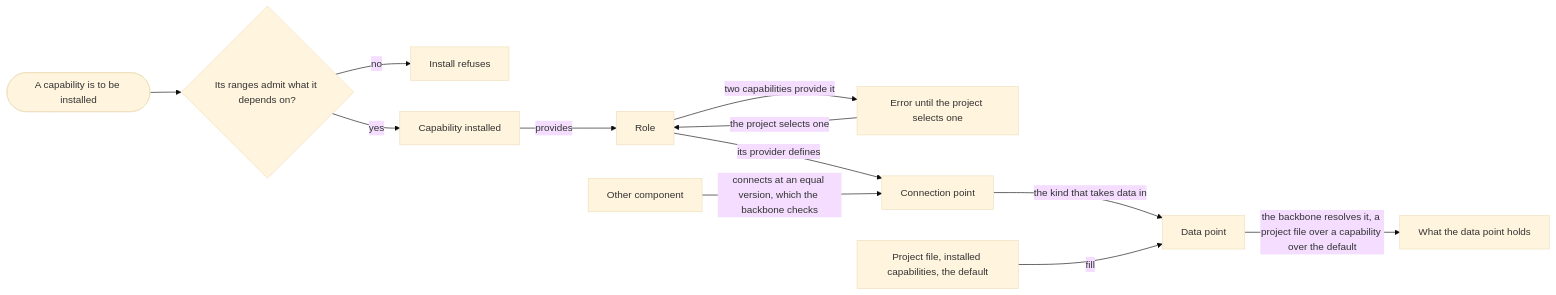
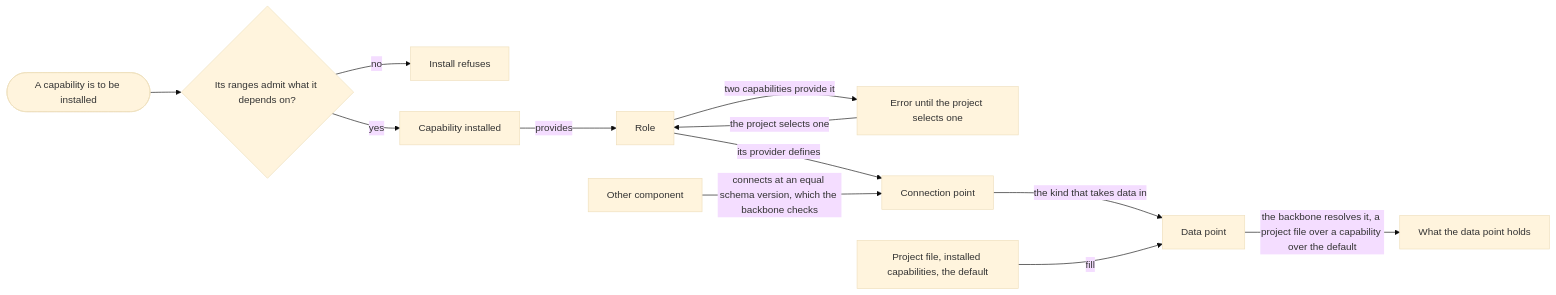
Before and after one commit to aleskalfas/project-kit: the second of 2 diagrams in tech-docs/analysis/core/domain-model/030-capabilities-areas-and-connection-points.md, drawn with Mermaid (base theme). The commit also changed other lines of this file and 91 other files, not shown here.

````diff
--- a/tech-docs/analysis/core/domain-model/030-capabilities-areas-and-connection-points.md
+++ b/tech-docs/analysis/core/domain-model/030-capabilities-areas-and-connection-points.md
@@ -88,16 +88,16 @@
 ```mermaid
 flowchart LR
   accTitle: How a capability comes to connect
-  accDescr: A capability installs only where what it depends on falls within its ranges, and install refuses otherwise. Installed, it provides roles. Where two capabilities provide one role, that is an error until the project selects one. The capability providing a role defines its connection points, and other components connect to each at a version equal to its own, which the backbone resolves and checks. A data point, the kind that takes data in, is filled by a project file, installed capabilities and the providing capability's default. The backbone resolves what it holds. Where fillers overlap, a project file wins over a capability, and a capability over the default.
+  accDescr: A capability installs only where what it depends on falls within its ranges, and install refuses otherwise. Installed, it provides roles. Where two capabilities provide one role, that is an error until the project selects one. The capability providing a role defines its connection points, and other components connect to each at a schema version equal to its own, which the backbone resolves and checks. A data point, the kind that takes data in, is filled by a project file, installed capabilities and the providing capability's default. The backbone resolves what it holds. Where fillers overlap, a project file wins over a capability, and a capability over the default.
   I([A capability is to be installed]) --> K{Its ranges admit what it depends on?}
   K -->|no| N[Install refuses]
   K -->|yes| C[Capability installed]
   C -->|provides| R[Role]
   R -->|two capabilities provide it| E[Error until the project selects one]
   E -->|the project selects one| R
   R -->|its provider defines| P[Connection point]
-  O[Other component] -->|connects at an equal version, which the backbone checks| P
+  O[Other component] -->|connects at an equal schema version, which the backbone checks| P
   P -->|the kind that takes data in| D[Data point]
   F["Project file, installed capabilities, the default"] -->|fill| D
   D -->|the backbone resolves it, a project file over a capability over the default| H[What the data point holds]
 ```
````
